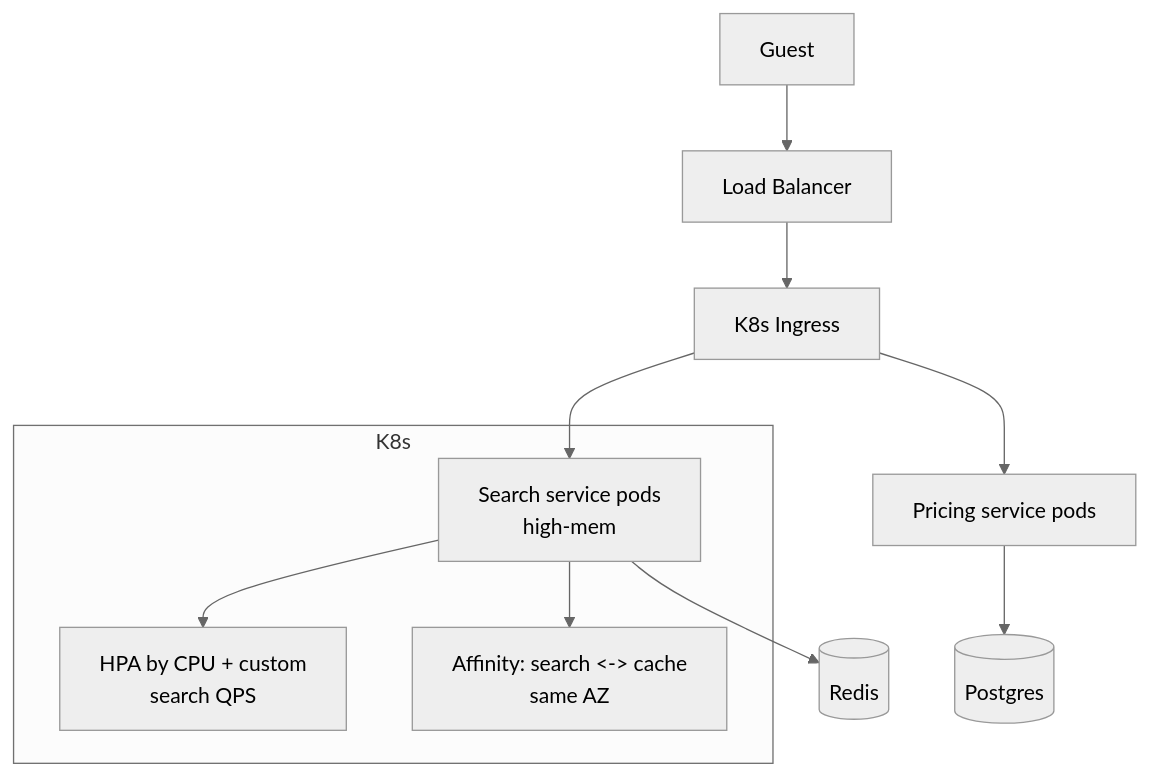
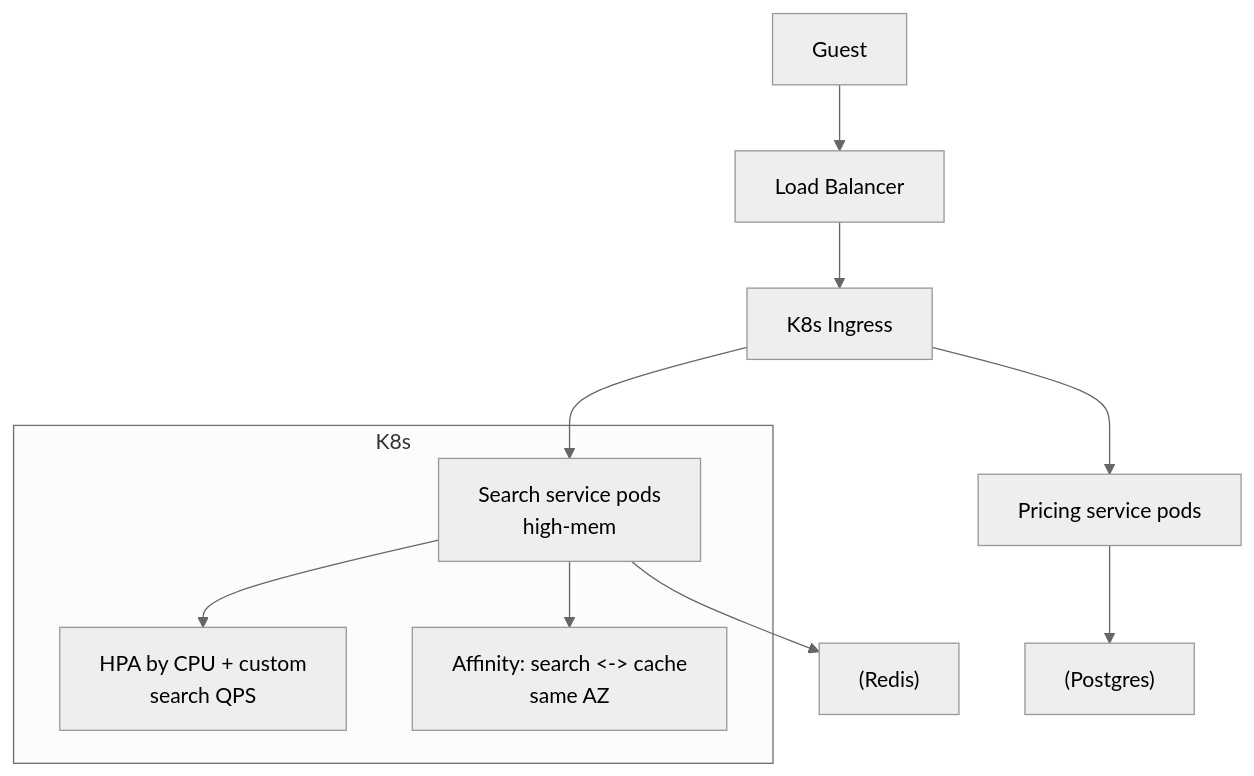
Before and after one commit to WhoisMonesh/K8S-Everything: the diagram in 17-company-cases/booking-com.md, drawn with Mermaid (neutral theme). The commit also changed 62 other files, not shown here.

First line of the commit message:
Fix all Mermaid diagrams for GitHub compatibility

````diff
--- a/17-company-cases/booking-com.md
+++ b/17-company-cases/booking-com.md
@@ -24,15 +24,15 @@
 ```mermaid
 graph TD
     Guest --> LB[Load Balancer]
     LB --> Ingress[K8s Ingress]
     Ingress --> Search[Search service pods<br/>high-mem]
     Ingress --> Price[Pricing service pods]
-    Search --> Cache[(Redis)]
-    Price --> DB[(Postgres)]
-    subgraph K8s
+    Search --> Cache["(Redis)"]
+    Price --> DB["(Postgres)"]
+    subgraph "K8s"
         HPA[HPA by CPU + custom<br/>search QPS]
         Search --> HPA
         Aff[Affinity: search <-> cache<br/>same AZ]
         Search --> Aff
     end
 ```
````
